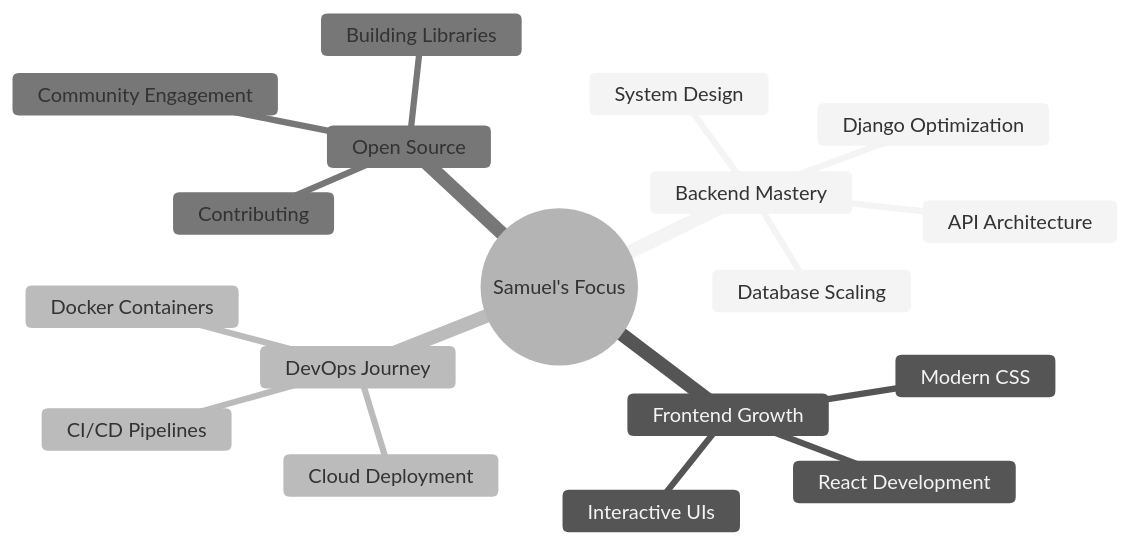
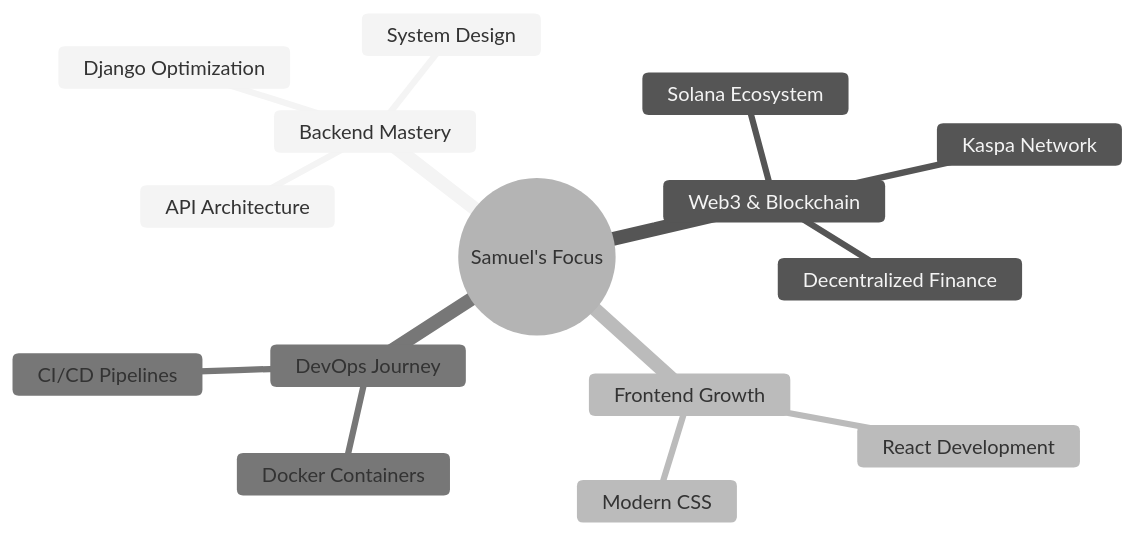
One commit to SamuelOluwayomi/SamuelOluwayomi changed the diagram in README.md. Above: the diagram before and after it, drawn with Mermaid (neutral theme). The commit also changed other lines of this file, not shown here.

````diff
--- a/README.md
+++ b/README.md
@@ -178,21 +190,18 @@
 ```mermaid
 mindmap
   root((Samuel's Focus))
     Backend Mastery
       Django Optimization
       System Design
       API Architecture
-      Database Scaling
+    Web3 & Blockchain
+      Solana Ecosystem
+      Kaspa Network
+      Decentralized Finance
     Frontend Growth
       React Development
       Modern CSS
-      Interactive UIs
     DevOps Journey
       Docker Containers
       CI/CD Pipelines
-      Cloud Deployment
-    Open Source
-      Contributing
-      Building Libraries
-      Community Engagement
 ```
````
